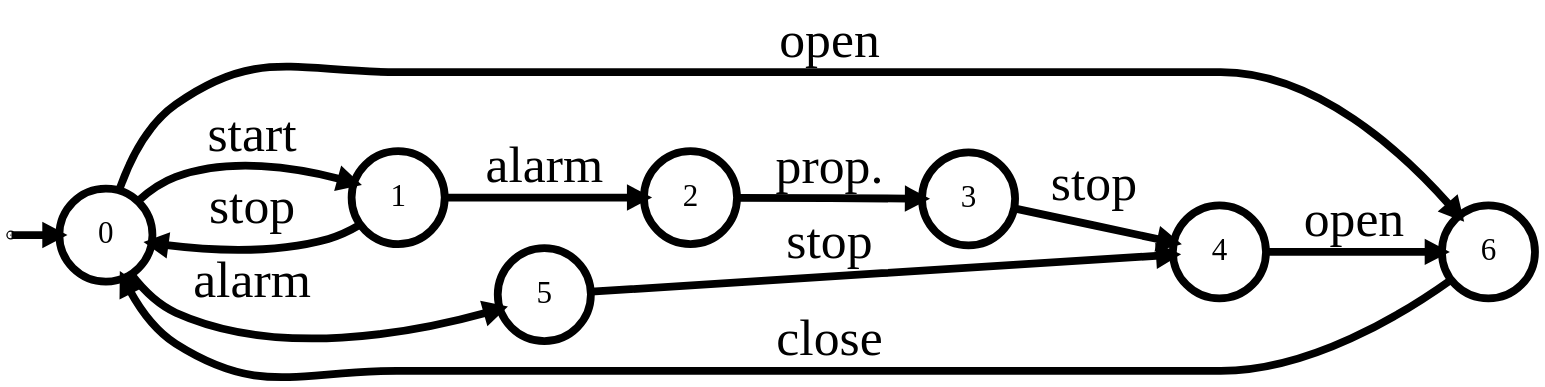
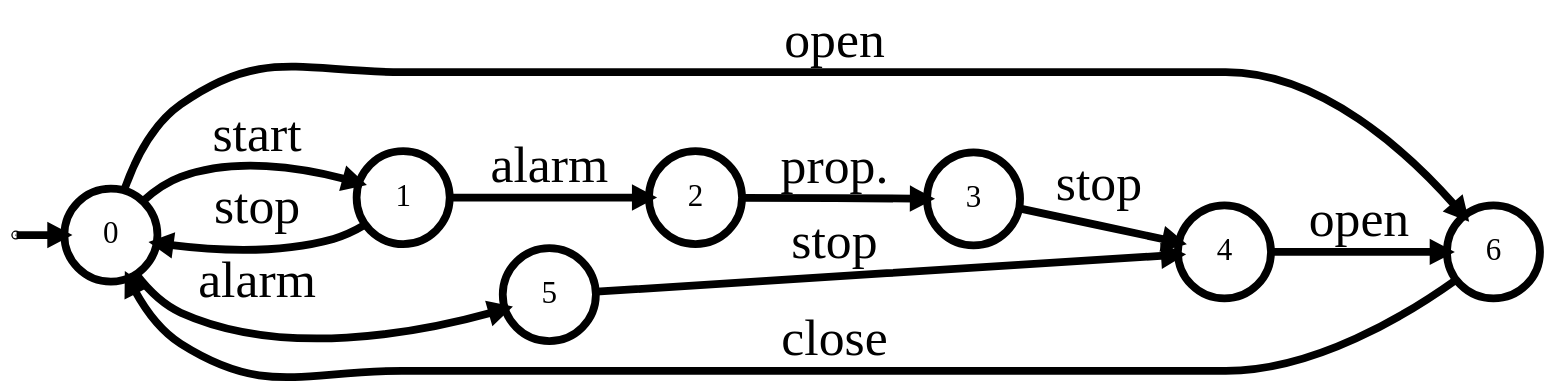
Before and after one commit to blambeau/phd: the diagram in writing/src/4-inductive/images/composed.dot, drawn with Graphviz. The commit also changed 18 other files, not shown here.

```diff
--- a/writing/src/4-inductive/images/composed.dot
+++ b/writing/src/4-inductive/images/composed.dot
@@ -1,27 +1,27 @@
 digraph G {
-    graph [pack="true" rankdir="LR" margin="0" bgcolor=transparent];
+    graph [pack="true" rankdir="LR" margin="0"];
     node [fontsize=24 penwidth=6 shape="circle" style="filled" height="1.0" width="1.0" fixedsize="true" fillcolor="white"];
     edge [fontsize=40 penwidth=6]
     zz [height="0" width="0" fixedsize="true" label="" fillcolor="black"];
     0 [label="0"]
     6 [label="6"]
     1 [label="1"]
     2 [label="2"]
     3 [label="3"]
     4 [label="4"]
     5 [label="5"]
     zz -> 0 [label=""];
     0 -> 1 [label="start"]
     0 -> 6 [label="open"]
 
     1 -> 2 [label="alarm"]
 	2 -> 3 [label="prop."]
 	3 -> 4 [label="stop"]
 	4 -> 6 [label="open"]
 
     0 -> 5 [label="alarm"]
 	5 -> 4 [label="stop"]
 
     6 -> 0 [label="close"]
     1 -> 0 [label="stop"]
 }
```
